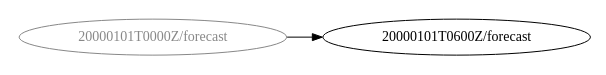
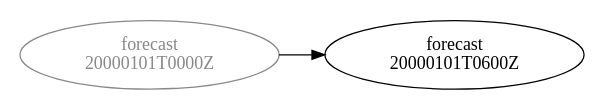
The fifth of 5 diagrams in src/tutorial/scheduling/datetime-cycling.rst (cylc/cylc-doc), drawn with Graphviz before and after one commit. The commit also changed other lines of this file, not shown here.

```diff
--- a/src/tutorial/scheduling/datetime-cycling.rst
+++ b/src/tutorial/scheduling/datetime-cycling.rst
@@ -596,13 +596,13 @@
       .. digraph:: example
         :align: center
 
          size = "4,1"
          rankdir=LR
 
-         "forecast.t00" [label="20000101T0000Z/forecast"
+         "forecast.t00" [label="forecast\n20000101T0000Z"
                          color="#888888"
                          fontcolor="#888888"]
-         "forecast.t06" [label="20000101T0600Z/forecast"]
+         "forecast.t06" [label="forecast\n20000101T0600Z"]
 
 
          "forecast.t00" -> "forecast.t06"
```
